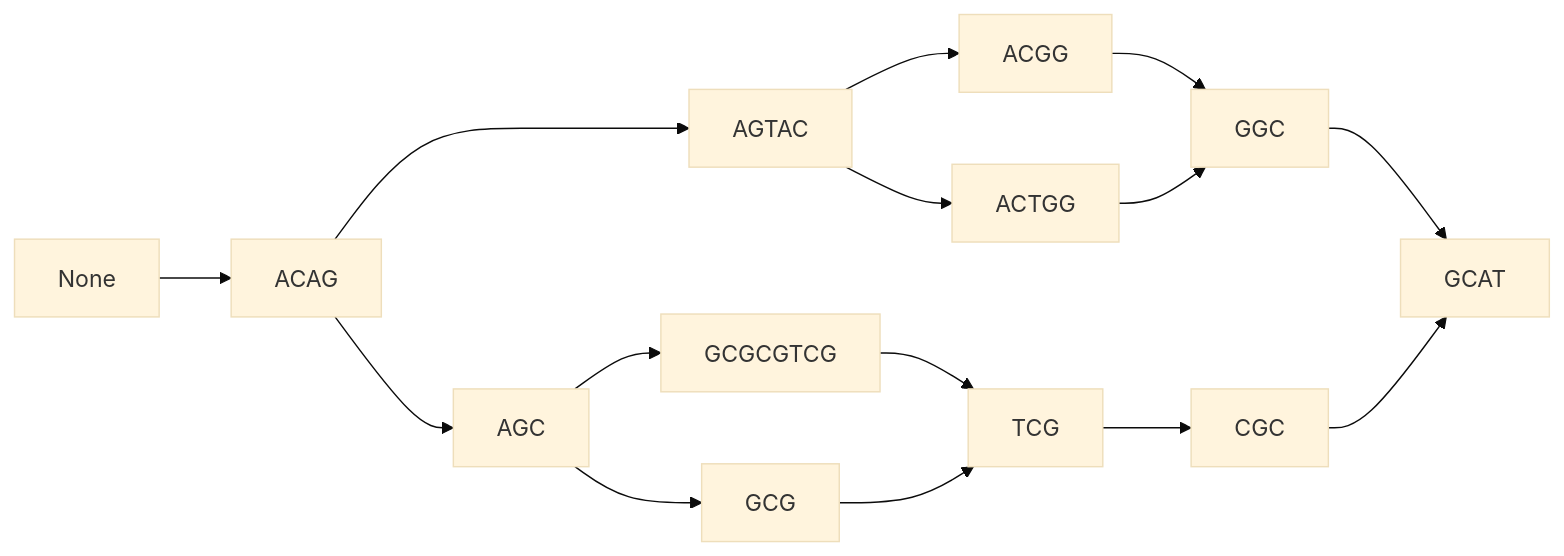
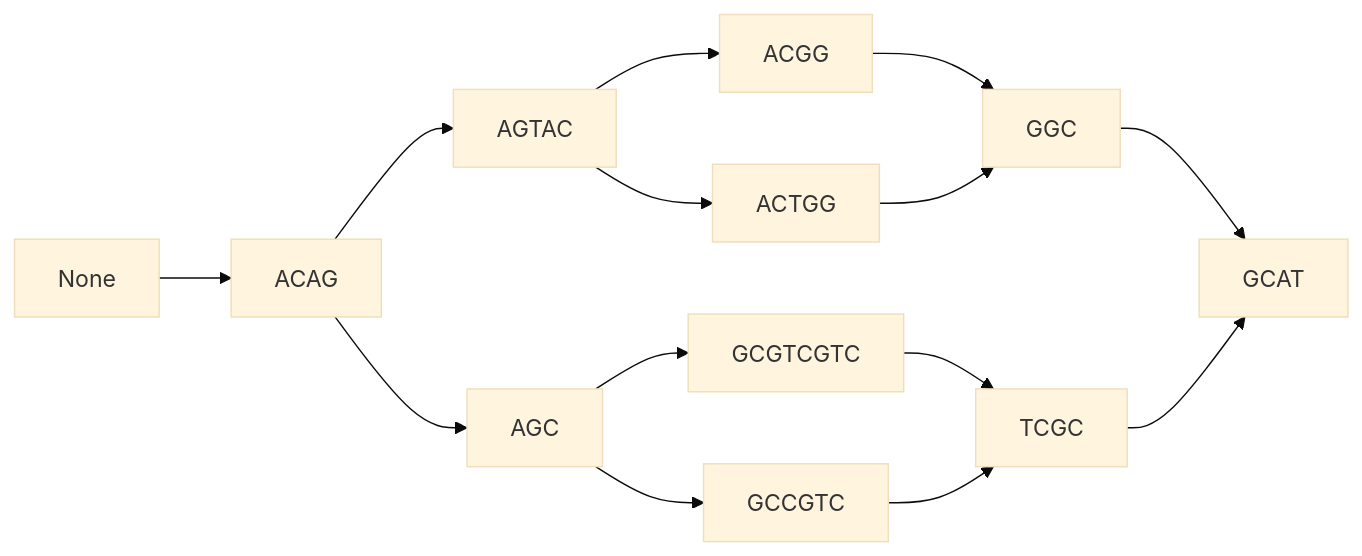
The fourth of 4 diagrams in working/cycles.md (khiron/dBGAlignLib), drawn with Mermaid (base theme) before and after one commit. The commit also changed other lines of this file, not shown here.

````diff
--- a/working/cycles.md
+++ b/working/cycles.md
@@ -68,11 +82,11 @@
 ```mermaid
 graph LR;
 None-->ACAG
 ACAG-->AGTAC
 AGTAC-->ACGG-->GGC
 GGC-->GCAT
 AGTAC-->ACTGG-->GGC
 
-ACAG-->AGC-->GCGCGTCG-->TCG-->CGC-->GCAT
-AGC-->GCG-->TCG
+ACAG-->AGC-->GCGTCGTC-->TCGC-->GCAT
+AGC-->GCCGTC-->TCGC
 ```
````
